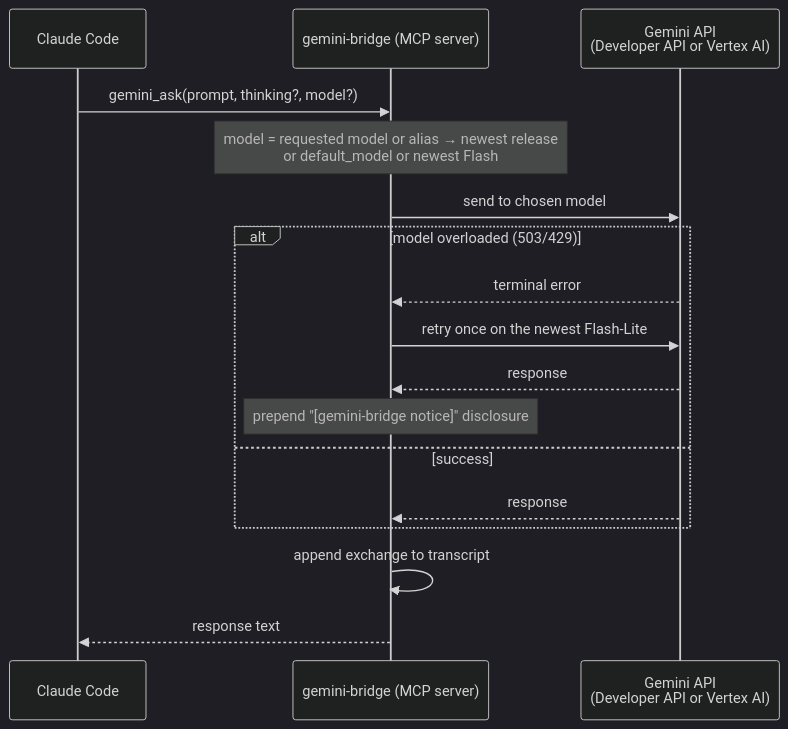
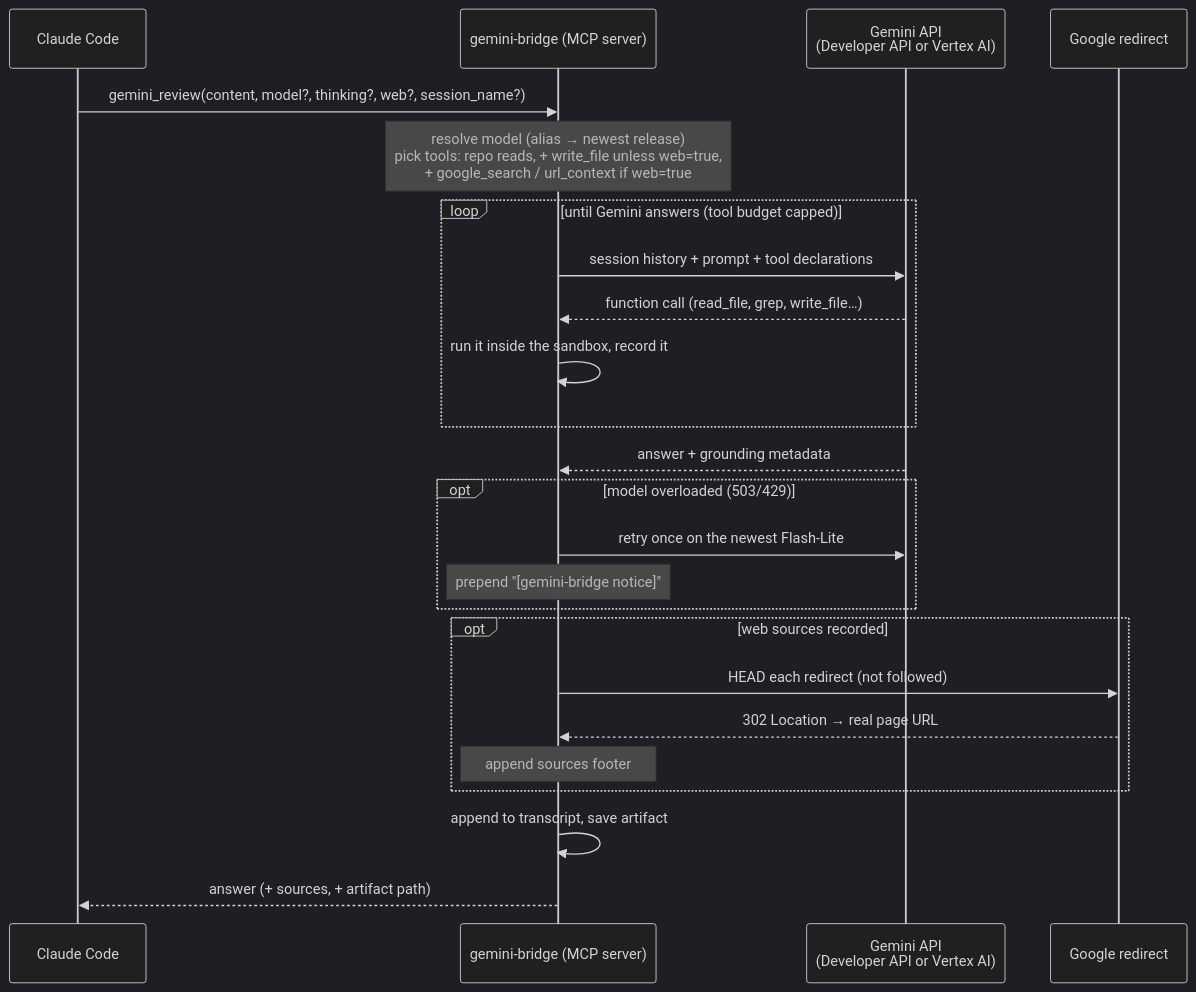
The diagram in README.md (FlintAndFilament/gemini-bridge), drawn with Mermaid (dark theme) before and after one commit. The commit also changed other lines of this file and 9 other files, not shown here.

````diff
--- a/README.md
+++ b/README.md
@@ -54,20 +62,27 @@
 ```mermaid
 sequenceDiagram
     participant CC as Claude Code
     participant S as gemini-bridge (MCP server)
     participant G as Gemini API<br/>(Developer API or Vertex AI)
+    participant R as Google redirect
 
-    CC->>S: gemini_ask(prompt, thinking?, model?)
-    Note over S: model = requested model or alias → newest release<br/>or default_model or newest Flash
-    S->>G: send to chosen model
-    alt model overloaded (503/429)
-        G-->>S: terminal error
+    CC->>S: gemini_review(content, model?, thinking?, web?, session_name?)
+    Note over S: resolve model (alias → newest release)<br/>pick tools: repo reads, + write_file unless web=true,<br/>+ google_search / url_context if web=true
+    loop until Gemini answers (tool budget capped)
+        S->>G: session history + prompt + tool declarations
+        G-->>S: function call (read_file, grep, write_file…)
+        S->>S: run it inside the sandbox, record it
+    end
+    G-->>S: answer + grounding metadata
+    opt model overloaded (503/429)
         S->>G: retry once on the newest Flash-Lite
-        G-->>S: response
-        Note over S: prepend "[gemini-bridge notice]" disclosure
-    else success
-        G-->>S: response
+        Note over S: prepend "[gemini-bridge notice]"
     end
-    S->>S: append exchange to transcript
-    S-->>CC: response text
+    opt web sources recorded
+        S->>R: HEAD each redirect (not followed)
+        R-->>S: 302 Location → real page URL
+        Note over S: append sources footer
+    end
+    S->>S: append to transcript, save artifact
+    S-->>CC: answer (+ sources, + artifact path)
 ```
````
